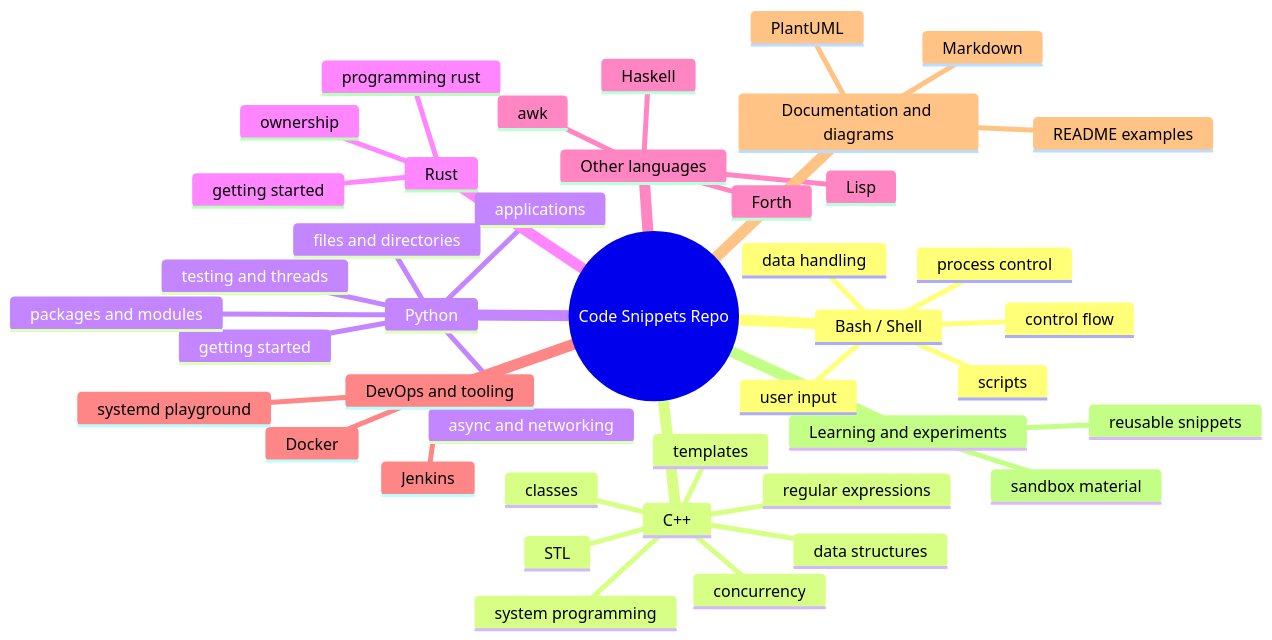
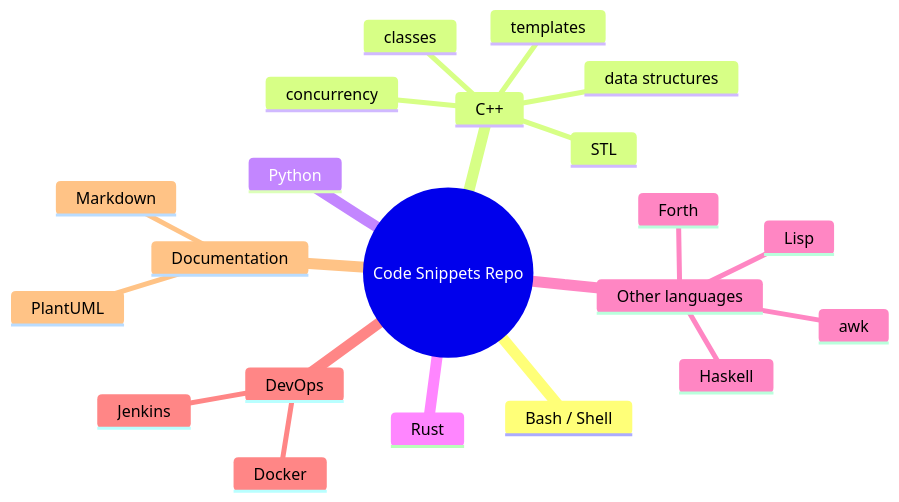
One commit to hamajo75/Code-Snippets changed the diagram in README.md. Above: the diagram before and after it, drawn with Mermaid.

````diff
--- a/README.md
+++ b/README.md
@@ -6,45 +6,24 @@
 ```mermaid
 mindmap
   root((Code Snippets Repo))
     Bash / Shell
-      scripts
-      control flow
-      process control
-      user input
-      data handling
     C++
       classes
       data structures
       concurrency
       templates
       STL
-      regular expressions
-      system programming
     Python
-      getting started
-      applications
-      async and networking
-      files and directories
-      testing and threads
-      packages and modules
     Rust
-      getting started
-      ownership
-      programming rust
     Other languages
       awk
       Forth
       Haskell
       Lisp
-    DevOps and tooling
+    DevOps
       Docker
       Jenkins
-      systemd playground
-    Documentation and diagrams
+    Documentation
       Markdown
       PlantUML
-      README examples
-    Learning and experiments
-      sandbox material
-      reusable snippets
 ```
````
